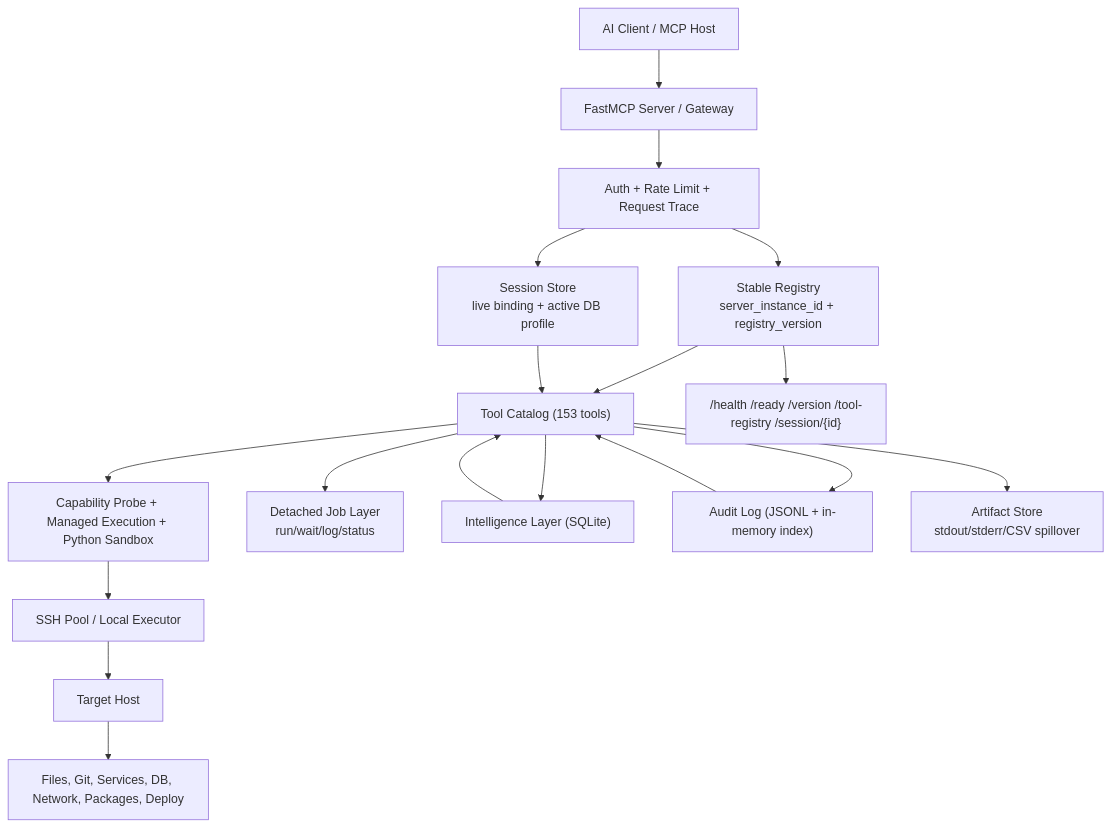
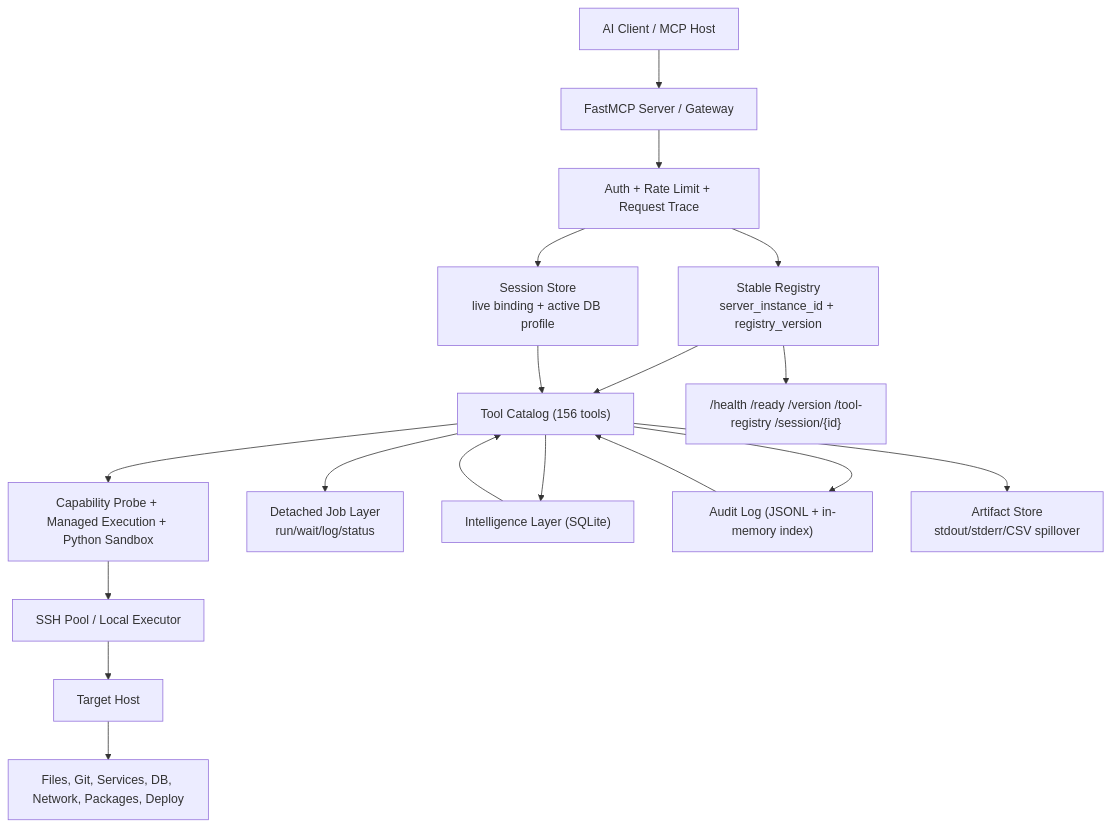
The third of 3 diagrams in README.md (farukalpay/mcp-nexus), drawn with Mermaid before and after one commit. The commit also changed other lines of this file and 18 other files, not shown here.

````diff
--- a/README.md
+++ b/README.md
@@ -484,20 +543,20 @@
 ```mermaid
 flowchart TB
     Client["AI Client / MCP Host"] --> Gateway["FastMCP Server / Gateway"]
     Gateway --> Middleware["Auth + Rate Limit + Request Trace"]
     Middleware --> Registry["Stable Registry<br/>server_instance_id + registry_version"]
     Middleware --> Sessions["Session Store<br/>live binding + active DB profile"]
-    Registry --> Tools["Tool Catalog (153 tools)"]
+    Registry --> Tools["Tool Catalog (156 tools)"]
     Sessions --> Tools
     Tools --> Runtime["Capability Probe + Managed Execution + Python Sandbox"]
     Tools --> Jobs["Detached Job Layer<br/>run/wait/log/status"]
     Tools --> Memory["Intelligence Layer (SQLite)"]
     Tools --> Audit["Audit Log (JSONL + in-memory index)"]
     Tools --> Artifacts["Artifact Store<br/>stdout/stderr/CSV spillover"]
     Runtime --> Pool["SSH Pool / Local Executor"]
     Pool --> Target["Target Host"]
     Target --> Domains["Files, Git, Services, DB, Network, Packages, Deploy"]
     Memory --> Tools
     Audit --> Tools
     Registry --> Endpoints["/health /ready /version /tool-registry /session/{id}"]
 ```
````
